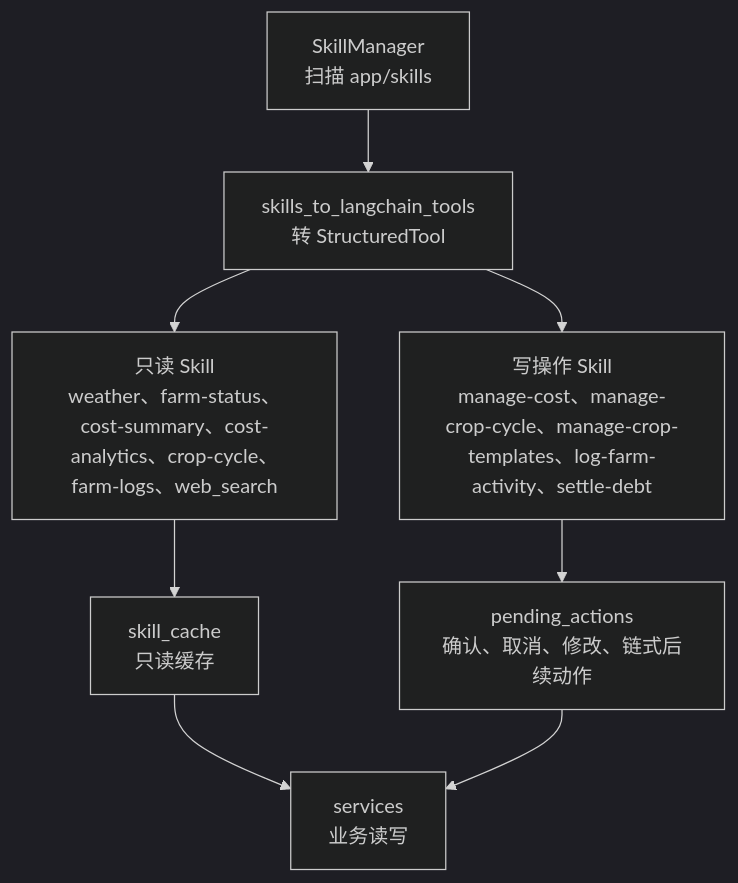
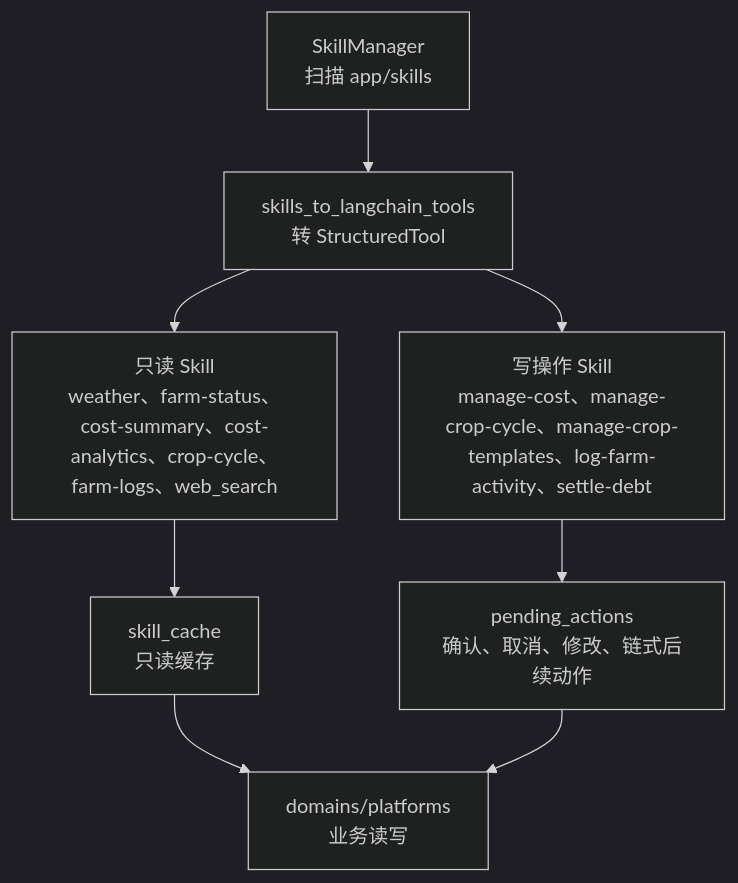
One commit to ArtLjn/agriagent-os changed the sixth of 8 diagrams in docs/architecture/backend-architecture.md. Above: the diagram before and after it, drawn with Mermaid (dark theme). The commit also changed other lines of this file and 5 other files, not shown here.

````diff
--- a/docs/architecture/backend-architecture.md
+++ b/docs/architecture/backend-architecture.md
@@ -163,16 +170,16 @@
 ```mermaid
 flowchart TB
     Manager["SkillManager\n扫描 app/skills"]
     Adapter["skills_to_langchain_tools\n转 StructuredTool"]
     Read["只读 Skill\nweather、farm-status、cost-summary、cost-analytics、crop-cycle、farm-logs、web_search"]
     Write["写操作 Skill\nmanage-cost、manage-crop-cycle、manage-crop-templates、log-farm-activity、settle-debt"]
     Pending["pending_actions\n确认、取消、修改、链式后续动作"]
     Cache["skill_cache\n只读缓存"]
-    Services["services\n业务读写"]
+    Services["domains/platforms\n业务读写"]
 
     Manager --> Adapter
     Adapter --> Read
     Adapter --> Write
     Read --> Cache --> Services
     Write --> Pending --> Services
 ```
````
